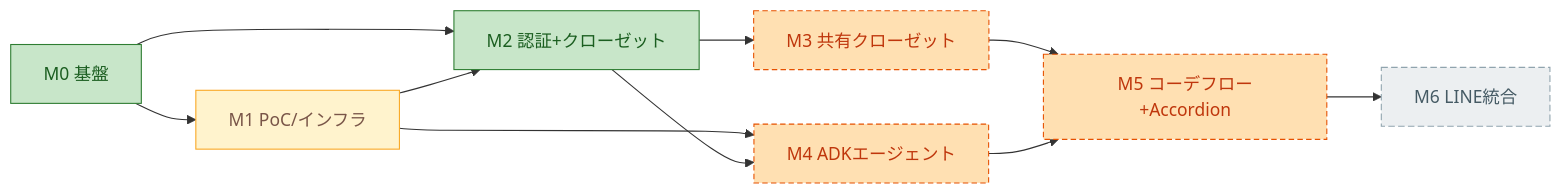
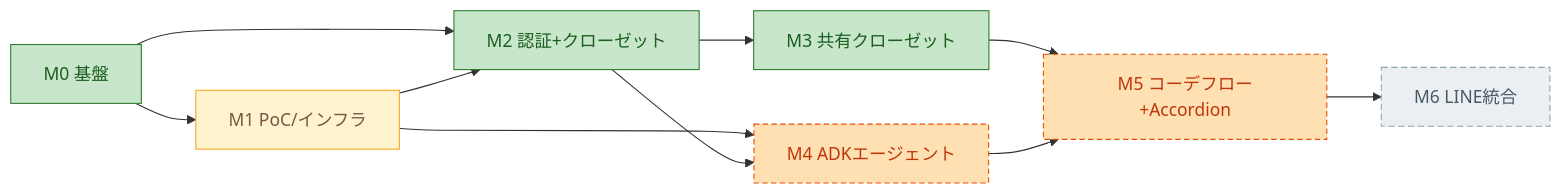
Before and after one commit to RanArino/gen-fashion: the eighth of 8 diagrams in docs/architecture-overview.md, drawn with Mermaid. The commit also changed other lines of this file, not shown here.

First line of the commit message:
feat(docs): update architecture overview and shared closet status

````diff
--- a/docs/architecture-overview.md
+++ b/docs/architecture-overview.md
@@ -313,18 +318,18 @@
 ```mermaid
 flowchart LR
   M0["M0 基盤"] --> M1["M1 PoC/インフラ"]
   M0 --> M2["M2 認証+クローゼット"]
   M1 --> M2
   M2 --> M3["M3 共有クローゼット"]
   M1 --> M4["M4 ADKエージェント"]
   M2 --> M4
   M3 --> M5["M5 コーデフロー+Accordion"]
   M4 --> M5
   M5 --> M6["M6 LINE統合"]
 
   classDef done fill:#c8e6c9,stroke:#2e7d32,color:#1b5e20;
   classDef wip fill:#fff3cd,stroke:#f9a825,color:#795548;
   classDef stub fill:#ffe0b2,stroke:#e65100,color:#bf360c,stroke-dasharray:5 3;
   classDef todo fill:#eceff1,stroke:#90a4ae,color:#455a64,stroke-dasharray:6 3;
-  class M0,M2 done; class M1 wip; class M3,M4,M5 stub; class M6 todo;
+  class M0,M2,M3 done; class M1 wip; class M4,M5 stub; class M6 todo;
 ```
````
